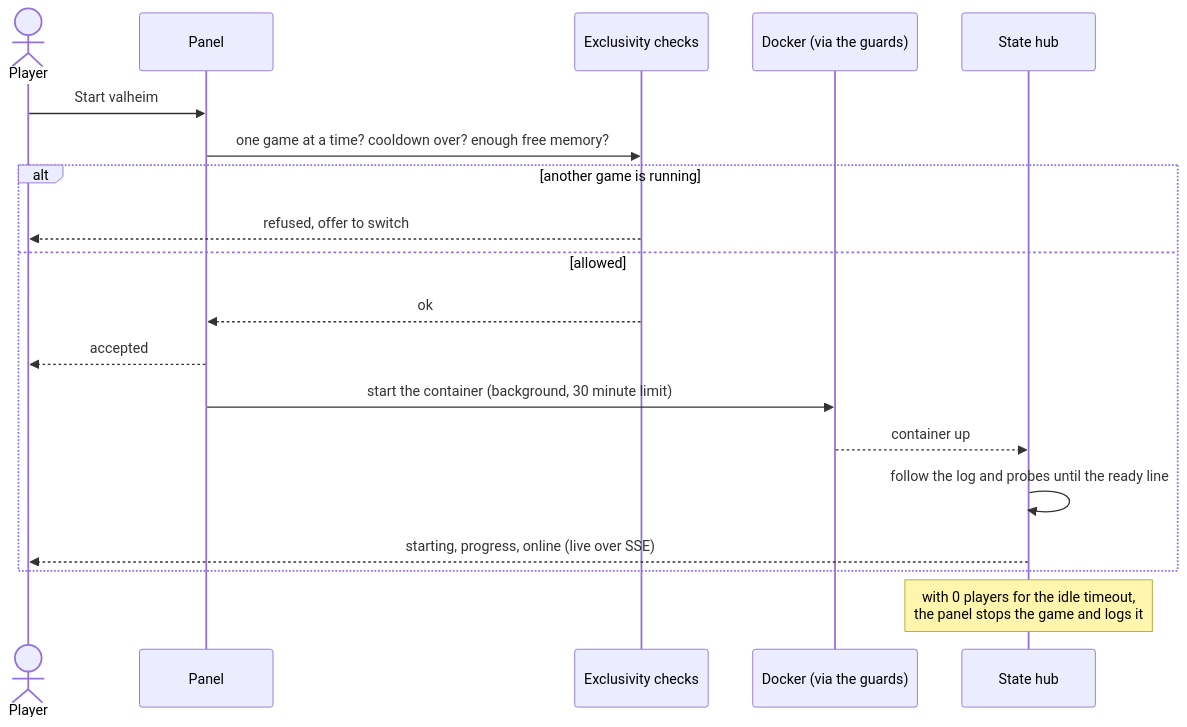
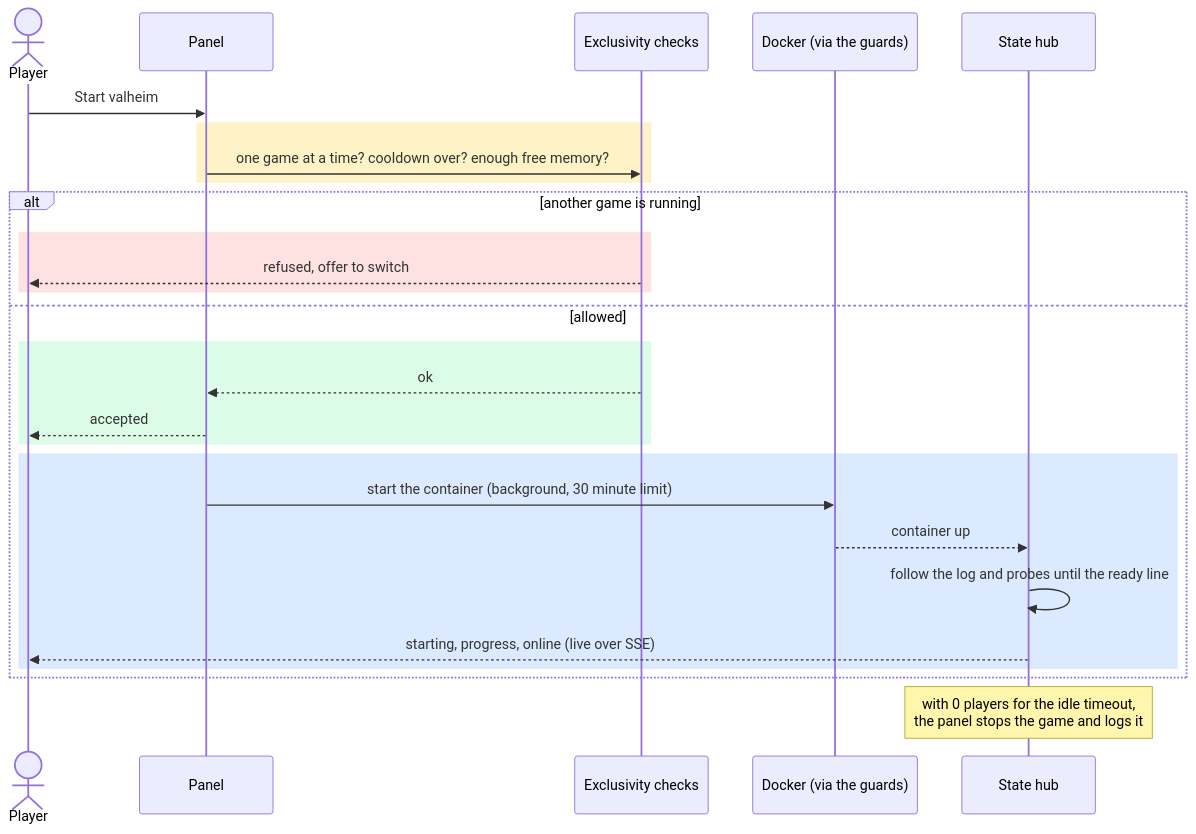
One commit to fiddler110/CrowsNest changed the second of 3 diagrams in README.md. Above: the diagram before and after it, drawn with Mermaid. The commit also changed other lines of this file and 1 other file, not shown here.

````diff
--- a/README.md
+++ b/README.md
@@ -49,21 +65,29 @@
 ```mermaid
 sequenceDiagram
     actor U as Player
     participant P as Panel
     participant X as Exclusivity checks
     participant D as Docker (via the guards)
     participant H as State hub
     U->>P: Start valheim
+    rect rgb(254, 243, 199)
     P->>X: one game at a time? cooldown over? enough free memory?
+    end
     alt another game is running
+        rect rgb(254, 226, 226)
         X-->>U: refused, offer to switch
+        end
     else allowed
+        rect rgb(220, 252, 231)
         X-->>P: ok
         P-->>U: accepted
+        end
+        rect rgb(219, 234, 254)
         P->>D: start the container (background, 30 minute limit)
         D-->>H: container up
         H->>H: follow the log and probes until the ready line
         H-->>U: starting, progress, online (live over SSE)
+        end
     end
     Note over H: with 0 players for the idle timeout,<br/>the panel stops the game and logs it
 ```
````
